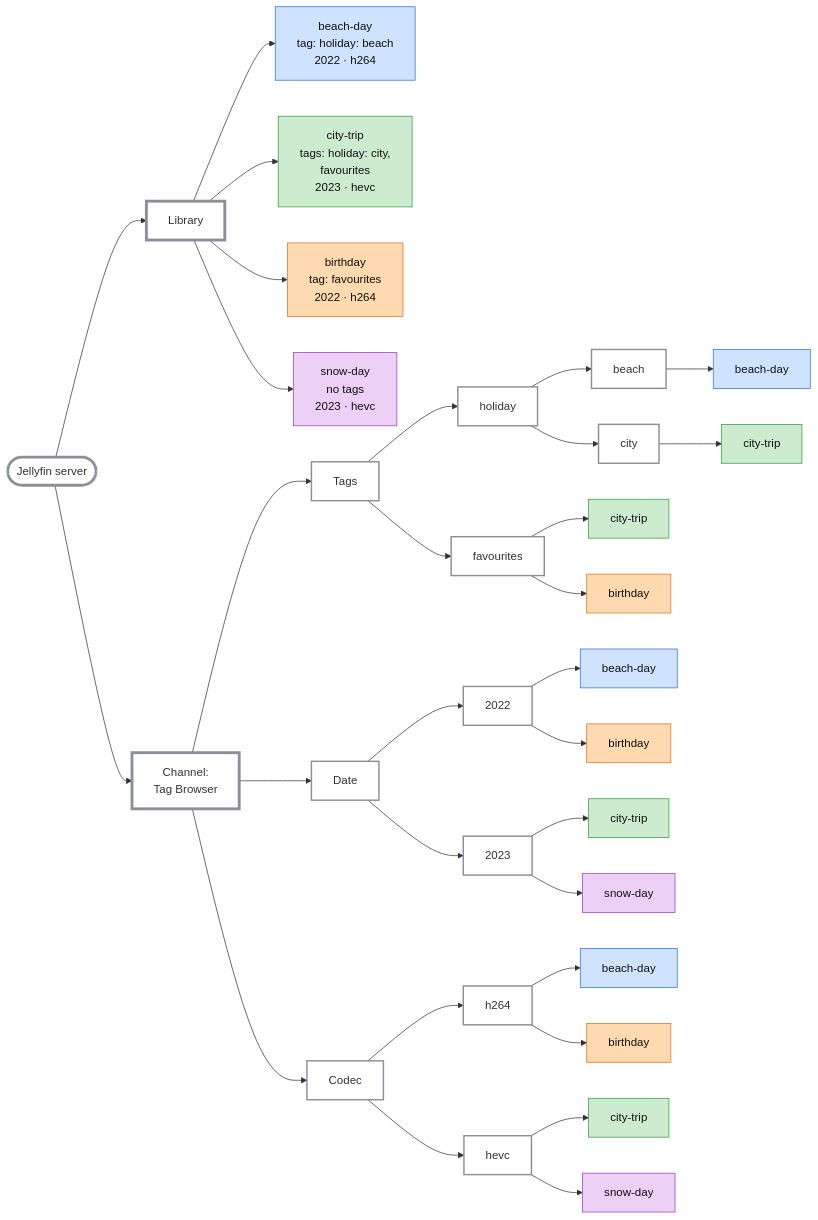
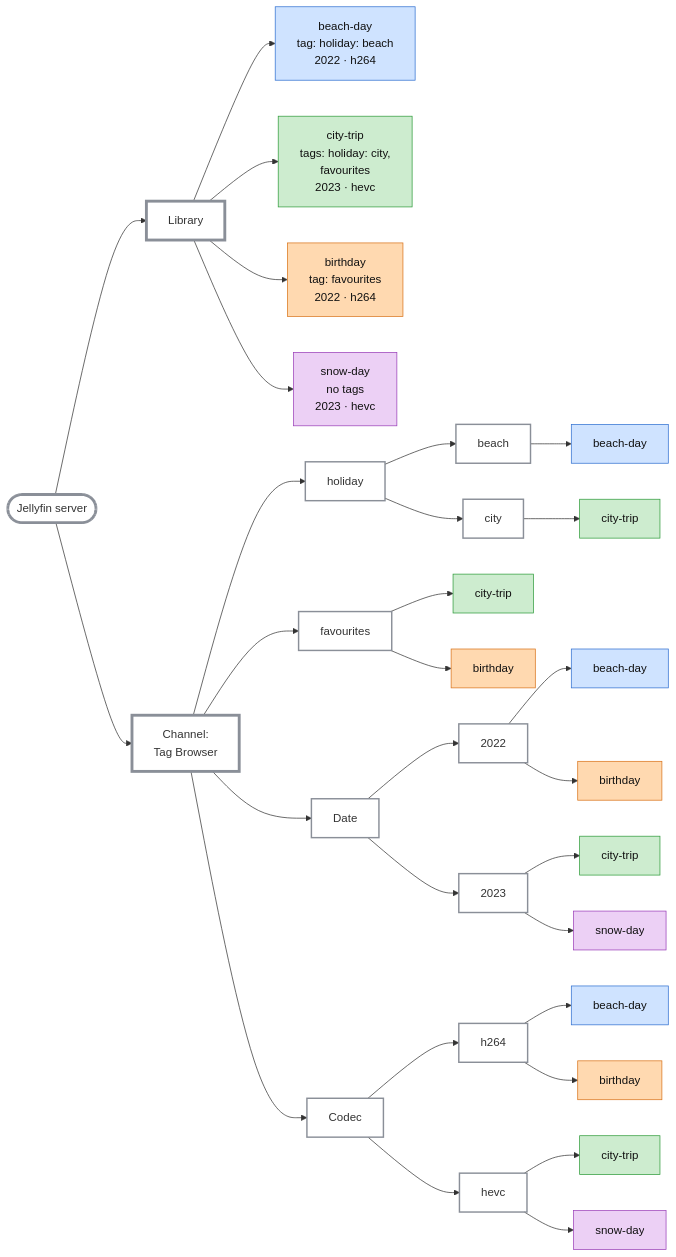
Before and after one commit to milkmansson/jellyfin-plugin-tag-browser: the diagram in README.md, drawn with Mermaid. The commit also changed other lines of this file and 2 other files, not shown here.

````diff
--- a/README.md
+++ b/README.md
@@ -18,60 +18,59 @@
 ```mermaid
 flowchart LR
     JF([Jellyfin server])
 
     JF --> LIB[Library]
     JF --> CH[Channel:<br/>Tag Browser]
 
     %% Library: plain videos, each with its own tags and metadata
     LIB --> L1["beach-day<br/>tag: holiday: beach<br/>2022 · h264"]
     LIB --> L2["city-trip<br/>tags: holiday: city,<br/>favourites<br/>2023 · hevc"]
     LIB --> L3["birthday<br/>tag: favourites<br/>2022 · h264"]
     LIB --> L4["snow-day<br/>no tags<br/>2023 · hevc"]
 
     %% Branch 1: Tags (":" splits into nested folders)
-    CH --> TAGS[Tags]
-    TAGS --> HOL[holiday]
+    CH --> HOL[holiday]
     HOL --> BEACH[beach]
     HOL --> CITY[city]
-    TAGS --> FAV[favourites]
+    CH --> FAV[favourites]
     BEACH --> T1[beach-day]
     CITY --> T2[city-trip]
     FAV --> T2b[city-trip]
     FAV --> T3[birthday]
 
     %% Branch 2: Date
     CH --> DATE[Date]
     DATE --> Y22[2022]
     DATE --> Y23[2023]
     Y22 --> D1[beach-day]
     Y22 --> D3[birthday]
     Y23 --> D2[city-trip]
     Y23 --> D4[snow-day]
 
     %% Branch 3: a property branch (video codec)
     CH --> COD[Codec]
     COD --> H264[h264]
     COD --> HEVC[hevc]
     H264 --> C1[beach-day]
     H264 --> C3[birthday]
     HEVC --> C2[city-trip]
     HEVC --> C4[snow-day]
 
     %% One colour per source video, reused on every copy in the channel
     classDef beach fill:#cfe3ff,stroke:#2f6fd0,color:#111
     classDef city fill:#cdeccf,stroke:#2e9b3a,color:#111
     classDef bday fill:#ffd9b0,stroke:#d9731a,color:#111
     classDef snow fill:#ecd0f5,stroke:#9a3db8,color:#111
 
     %% Folders: no fill or text colour, so the theme supplies both; strong border
     classDef folder fill:transparent,stroke:#8a8f98,stroke-width:2px
     %% Server, Library and Channel: heaviest border
     classDef root fill:transparent,stroke:#8a8f98,stroke-width:4px
 
     class L1,T1,D1,C1 beach
     class L2,T2,T2b,D2,C2 city
     class L3,T3,D3,C3 bday
     class L4,D4,C4 snow
-    class TAGS,HOL,BEACH,CITY,FAV,DATE,Y22,Y23,COD,H264,HEVC folder
+    class HOL,BEACH,CITY,FAV,DATE,Y22,Y23,COD,H264,HEVC folder
     class JF,LIB,CH root
 ```
````
